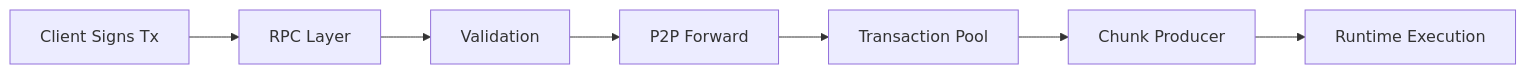
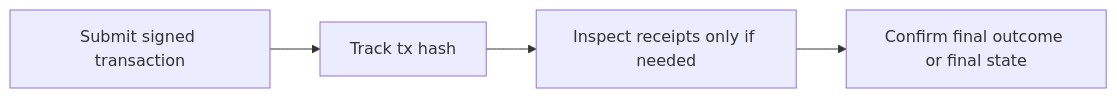
The diagram in docs/transaction-flow/index.mdx (fastnear/builder-docs), drawn with Mermaid before and after one commit. The commit also changed other lines of this file and 54 other files, not shown here.

````diff
--- a/docs/transaction-flow/index.mdx
+++ b/docs/transaction-flow/index.mdx
@@ -20,9 +20,6 @@
 ```mermaid
 flowchart LR
-    Client["Client Signs Tx"] --> RPC["RPC Layer"]
-    RPC --> Validation["Validation"]
-    Validation --> P2P["P2P Forward"]
-    P2P --> Pool["Transaction Pool"]
-    Pool --> Chunk["Chunk Producer"]
-    Chunk --> Runtime["Runtime Execution"]
+    Submit["Submit signed transaction"] --> Track["Track tx hash"]
+    Track --> Receipts["Inspect receipts only if needed"]
+    Receipts --> Final["Confirm final outcome or final state"]
 ```
````
